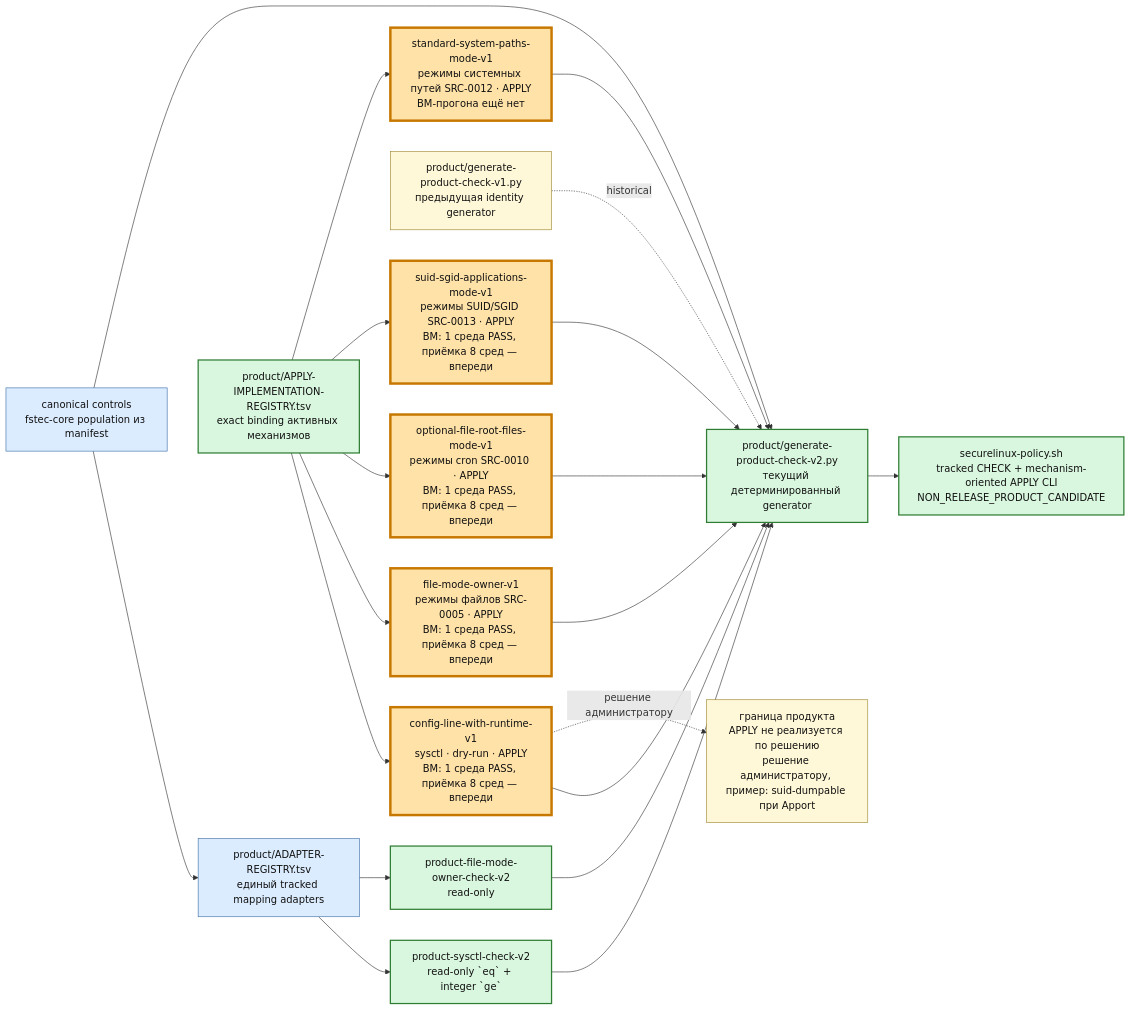
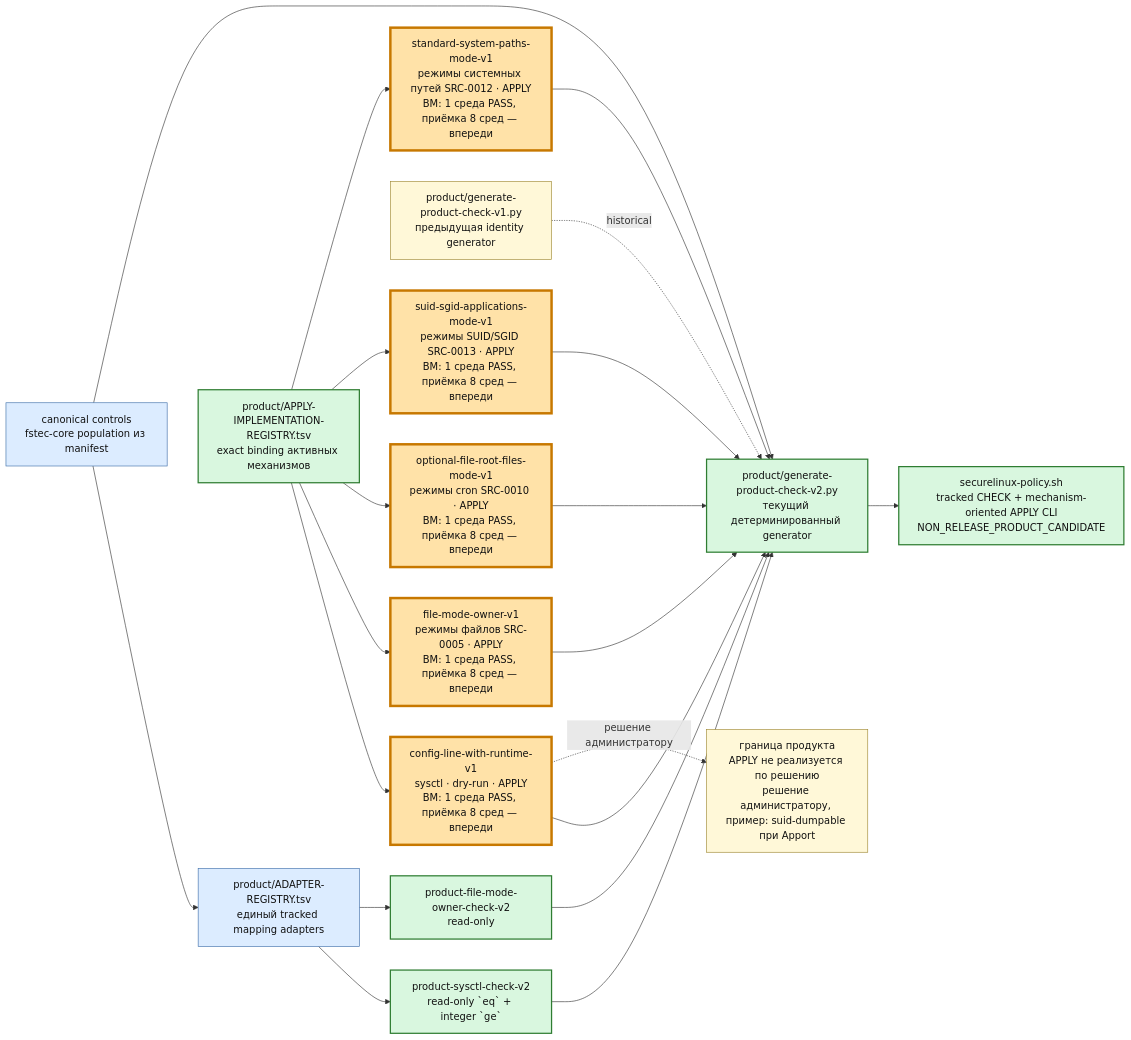
The third of 6 diagrams in docs/PROJECT-MAP.md (rasav65/SecureLinux-Policy), drawn with Mermaid before and after one commit. The commit also changed other lines of this file and 9 other files, not shown here.

First line of the commit message:
docs: ВМ-прогон механизма standard-system-paths-mode-v1, changelog

````diff
--- a/docs/PROJECT-MAP.md
+++ b/docs/PROJECT-MAP.md
@@ -206,36 +206,36 @@
 ```mermaid
 flowchart LR
     CTRLNOW["canonical controls<br/>fstec-core population из manifest"]:::component
     REG["product/ADAPTER-REGISTRY.tsv<br/>единый tracked mapping adapters"]:::component
     SYS["product-sysctl-check-v2<br/>read-only `eq` + integer `ge`"]:::closed
     FILE["product-file-mode-owner-check-v2<br/>read-only"]:::closed
     GEN1["product/generate-product-check-v1.py<br/>предыдущая identity generator"]:::note
     GEN2["product/generate-product-check-v2.py<br/>текущий детерминированный generator"]:::closed
     IMPLREG["product/APPLY-IMPLEMENTATION-REGISTRY.tsv<br/>exact binding активных механизмов"]:::closed
     APPLY1["config-line-with-runtime-v1<br/>sysctl · dry-run · APPLY<br/>ВМ: 1 среда PASS, приёмка 8 сред — впереди"]:::current
     APPLY2["file-mode-owner-v1<br/>режимы файлов SRC-0005 · APPLY<br/>ВМ: 1 среда PASS, приёмка 8 сред — впереди"]:::current
     APPLY3["optional-file-root-files-mode-v1<br/>режимы cron SRC-0010 · APPLY<br/>ВМ: 1 среда PASS, приёмка 8 сред — впереди"]:::current
     APPLY4["suid-sgid-applications-mode-v1<br/>режимы SUID/SGID SRC-0013 · APPLY<br/>ВМ: 1 среда PASS, приёмка 8 сред — впереди"]:::current
-    APPLY5["standard-system-paths-mode-v1<br/>режимы системных путей SRC-0012 · APPLY<br/>ВМ-прогона ещё нет"]:::current
+    APPLY5["standard-system-paths-mode-v1<br/>режимы системных путей SRC-0012 · APPLY<br/>ВМ: 1 среда PASS, приёмка 8 сред — впереди"]:::current
     CLI["securelinux-policy.sh<br/>tracked CHECK + mechanism-oriented APPLY CLI<br/>NON_RELEASE_PRODUCT_CANDIDATE"]:::closed
     ADMIN["граница продукта<br/>APPLY не реализуется по решению<br/>решение администратору, пример: suid-dumpable при Apport"]:::note
 
     CTRLNOW --> REG
     REG --> SYS
     REG --> FILE
     SYS --> GEN2
     FILE --> GEN2
     CTRLNOW --> GEN2 --> CLI
     IMPLREG --> APPLY1 --> GEN2
     IMPLREG --> APPLY2 --> GEN2
     IMPLREG --> APPLY3 --> GEN2
     IMPLREG --> APPLY4 --> GEN2
     IMPLREG --> APPLY5 --> GEN2
     APPLY1 -. решение администратору .-> ADMIN
     GEN1 -. historical .-> GEN2
 
     classDef closed fill:#d9f7df,stroke:#2f7d32,color:#111,stroke-width:2px;
     classDef component fill:#dcecff,stroke:#3e6ea8,color:#111;
     classDef current fill:#ffe2a8,stroke:#c77800,color:#111,stroke-width:4px;
     classDef note fill:#fff8d8,stroke:#9d8730,color:#111;
 ```
````
